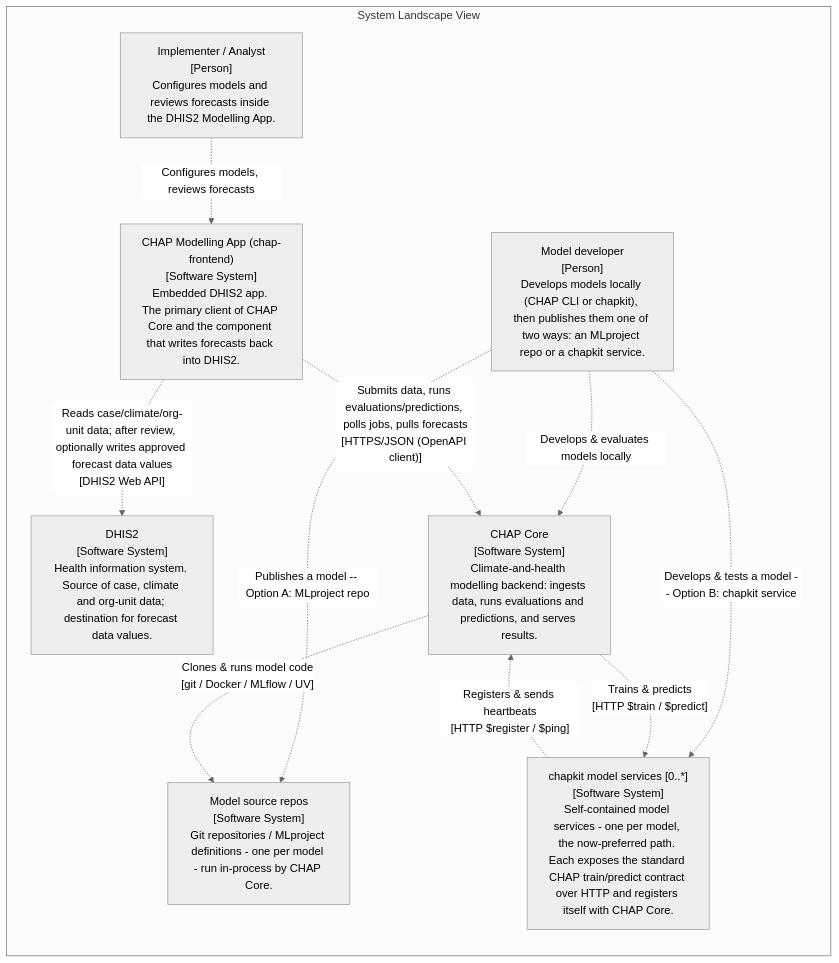
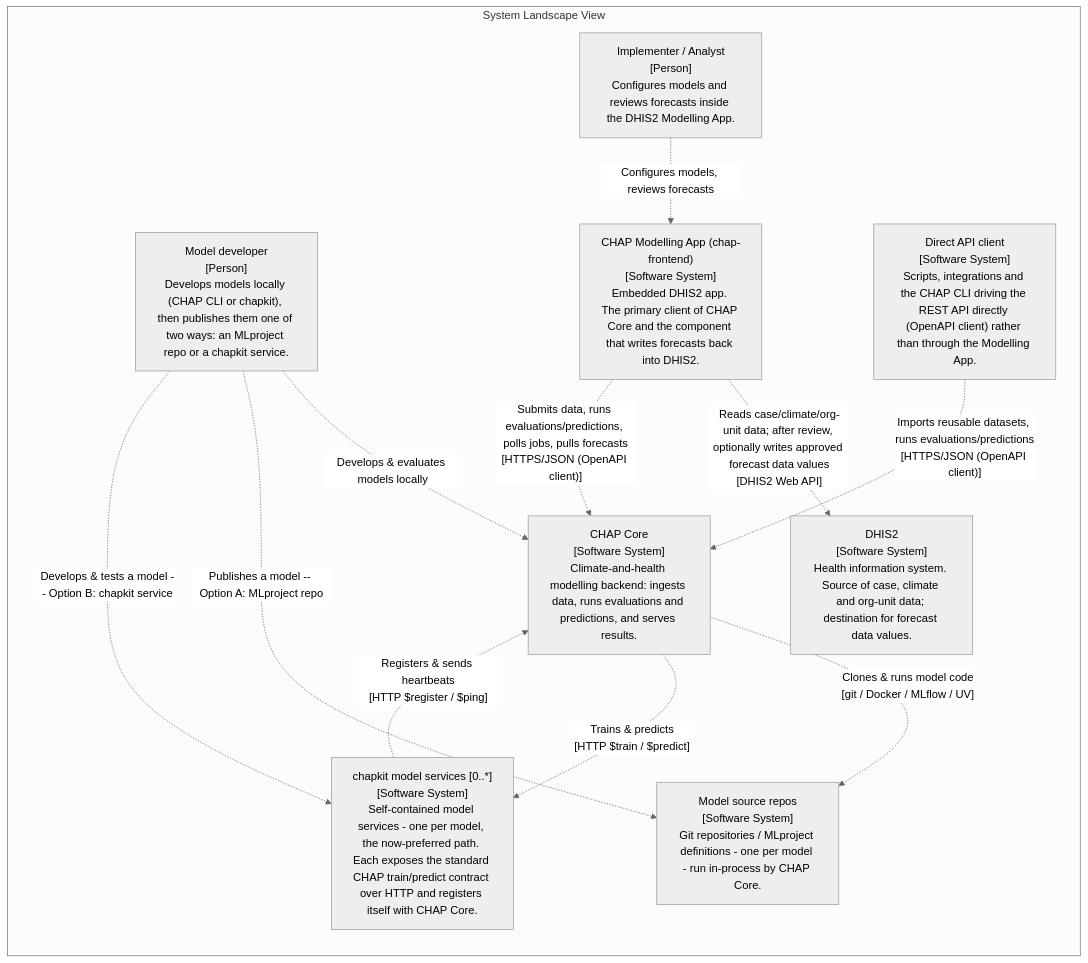
The first of 9 diagrams in docs/contributor/architecture_model.md (dhis2-chap/chap-core), drawn with Mermaid (neutral theme) before and after one commit. The commit also changed other lines of this file and 9 other files, not shown here.

First line of the commit message:
docs(architecture): correct the model against the code and guard the page

````diff
--- a/docs/contributor/architecture_model.md
+++ b/docs/contributor/architecture_model.md
@@ -15,25 +15,27 @@
 ```mermaid
 graph LR
 
   subgraph diagram ["System Landscape View"]
 
     1["Implementer / Analyst<br/>[Person]<br/>Configures models and reviews forecasts inside the DHIS2 Modelling App."]
-    19["chapkit model services [0..*]<br/>[Software System]<br/>Self-contained model services - one per model, the now-preferred path. Each exposes the standard CHAP train/predict contract over HTTP and registers itself with CHAP Core."]
     2["Model developer<br/>[Person]<br/>Develops models locally (CHAP CLI or chapkit), then publishes them one of two ways: an MLproject repo or a chapkit service."]
+    20["chapkit model services [0..*]<br/>[Software System]<br/>Self-contained model services - one per model, the now-preferred path. Each exposes the standard CHAP train/predict contract over HTTP and registers itself with CHAP Core."]
     3["DHIS2<br/>[Software System]<br/>Health information system. Source of case, climate and org-unit data; destination for forecast data values."]
     4["CHAP Modelling App (chap-frontend)<br/>[Software System]<br/>Embedded DHIS2 app. The primary client of CHAP Core and the component that writes forecasts back into DHIS2."]
-    5["Model source repos<br/>[Software System]<br/>Git repositories / MLproject definitions - one per model - run in-process by CHAP Core."]
-    6["CHAP Core<br/>[Software System]<br/>Climate-and-health modelling backend: ingests data, runs evaluations and predictions, and serves results."]
+    5["Direct API client<br/>[Software System]<br/>Scripts, integrations and the CHAP CLI driving the REST API directly (OpenAPI client) rather than through the Modelling App."]
+    6["Model source repos<br/>[Software System]<br/>Git repositories / MLproject definitions - one per model - run in-process by CHAP Core."]
+    7["CHAP Core<br/>[Software System]<br/>Climate-and-health modelling backend: ingests data, runs evaluations and predictions, and serves results."]
 
     1-. "Configures models, reviews forecasts" .->4
-    2-. "Develops & evaluates models locally" .->6
-    2-. "Publishes a model -- Option A: MLproject repo" .->5
-    2-. "Develops & tests a model -- Option B: chapkit service" .->19
+    2-. "Develops & evaluates models locally" .->7
+    2-. "Publishes a model -- Option A: MLproject repo" .->6
+    2-. "Develops & tests a model -- Option B: chapkit service" .->20
     4-. "Reads case/climate/org-unit data; after review, optionally writes approved forecast data values<br/>[DHIS2 Web API]" .->3
-    4-. "Submits data, runs evaluations/predictions, polls jobs, pulls forecasts<br/>[HTTPS/JSON (OpenAPI client)]" .->6
-    6-. "Clones & runs model code<br/>[git / Docker / MLflow / UV]" .->5
-    6-. "Trains & predicts<br/>[HTTP $train / $predict]" .->19
-    19-. "Registers & sends heartbeats<br/>[HTTP $register / $ping]" .->6
+    4-. "Submits data, runs evaluations/predictions, polls jobs, pulls forecasts<br/>[HTTPS/JSON (OpenAPI client)]" .->7
+    5-. "Imports reusable datasets, runs evaluations/predictions<br/>[HTTPS/JSON (OpenAPI client)]" .->7
+    7-. "Clones & runs model code<br/>[git / Docker / MLflow / UV]" .->6
+    7-. "Trains & predicts<br/>[HTTP $train / $predict]" .->20
+    20-. "Registers & sends heartbeats<br/>[HTTP $register / $ping]" .->7
 
   end
 ```
````
